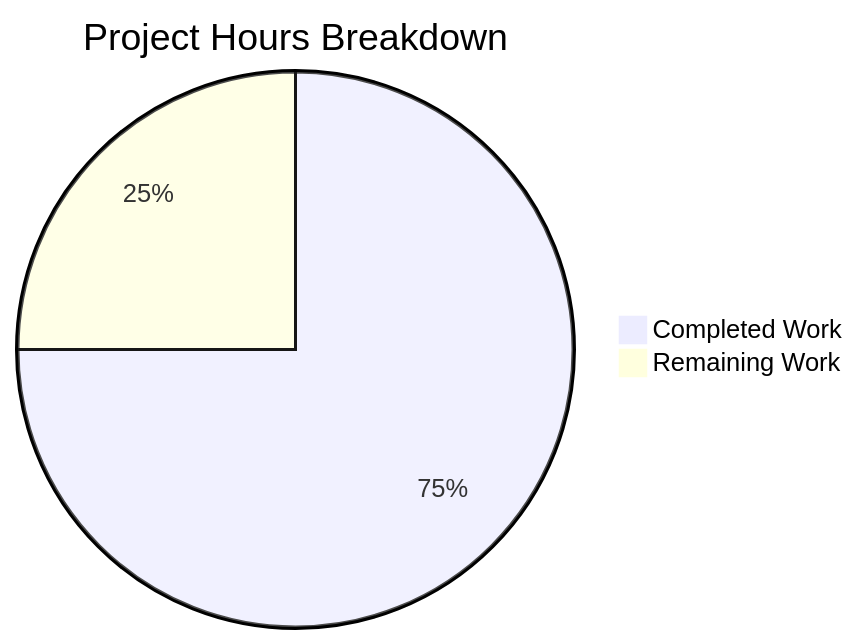
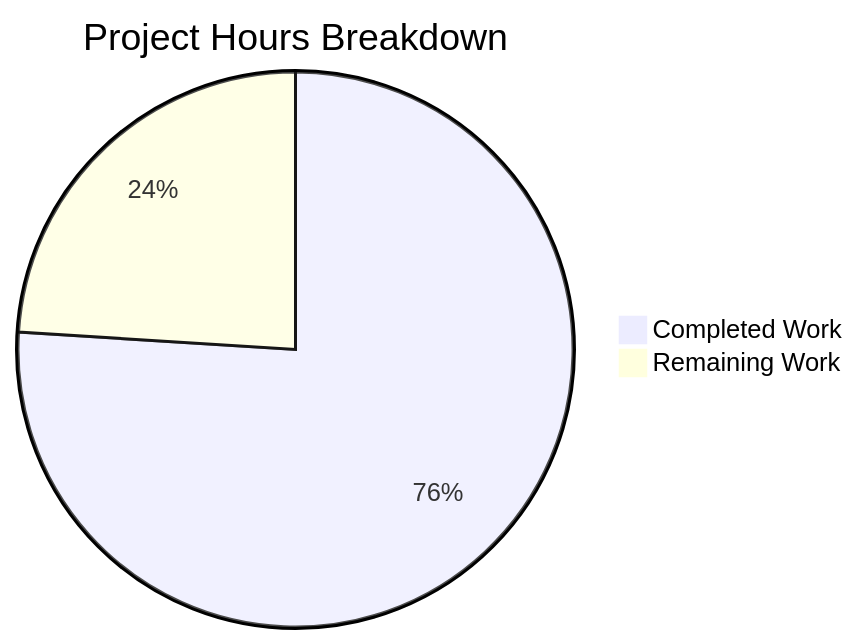
One commit to sudhanshu-spec/test-spec changed the diagram in blitzy/documentation/Project Guide.md. Above: the diagram before and after it, drawn with Mermaid. The commit also changed other lines of this file, not shown here.

Commit message:
Adding Blitzy Project Guide: Project Status and Human Tasks Remaining

````diff
--- a/blitzy/documentation/Project Guide.md
+++ b/blitzy/documentation/Project Guide.md
@@ -60,5 +82,5 @@
 ```mermaid
 pie title Project Hours Breakdown
-    "Completed Work" : 9
-    "Remaining Work" : 3
+    "Completed Work" : 19
+    "Remaining Work" : 6
 ```
````
